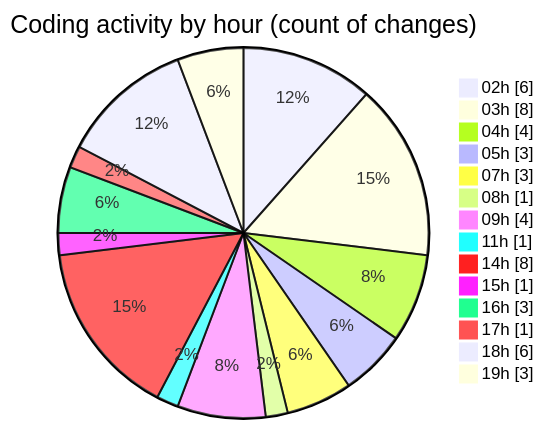
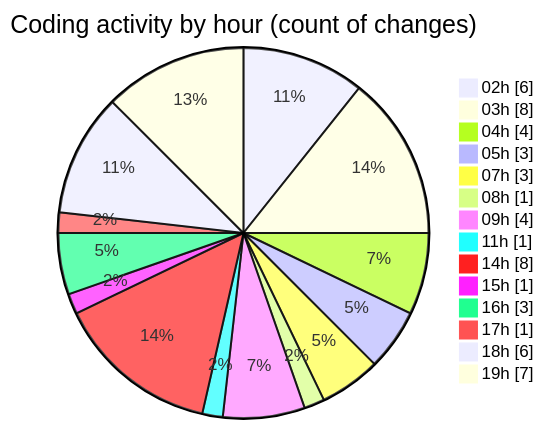
One commit to FelipKnott/code-tracking changed the second of 2 diagrams in 2025-07-03/cursor/README.md. Above: the diagram before and after it, drawn with Mermaid. The commit also changed other lines of this file and 1 other file, not shown here.

````diff
--- a/2025-07-03/cursor/README.md
+++ b/2025-07-03/cursor/README.md
@@ -39,18 +43,18 @@
 ```mermaid
 pie showData
 title Coding activity by hour (count of changes)
 "02h" : 6
 "03h" : 8
 "04h" : 4
 "05h" : 3
 "07h" : 3
 "08h" : 1
 "09h" : 4
 "11h" : 1
 "14h" : 8
 "15h" : 1
 "16h" : 3
 "17h" : 1
 "18h" : 6
-"19h" : 3
+"19h" : 7
 ```
````
